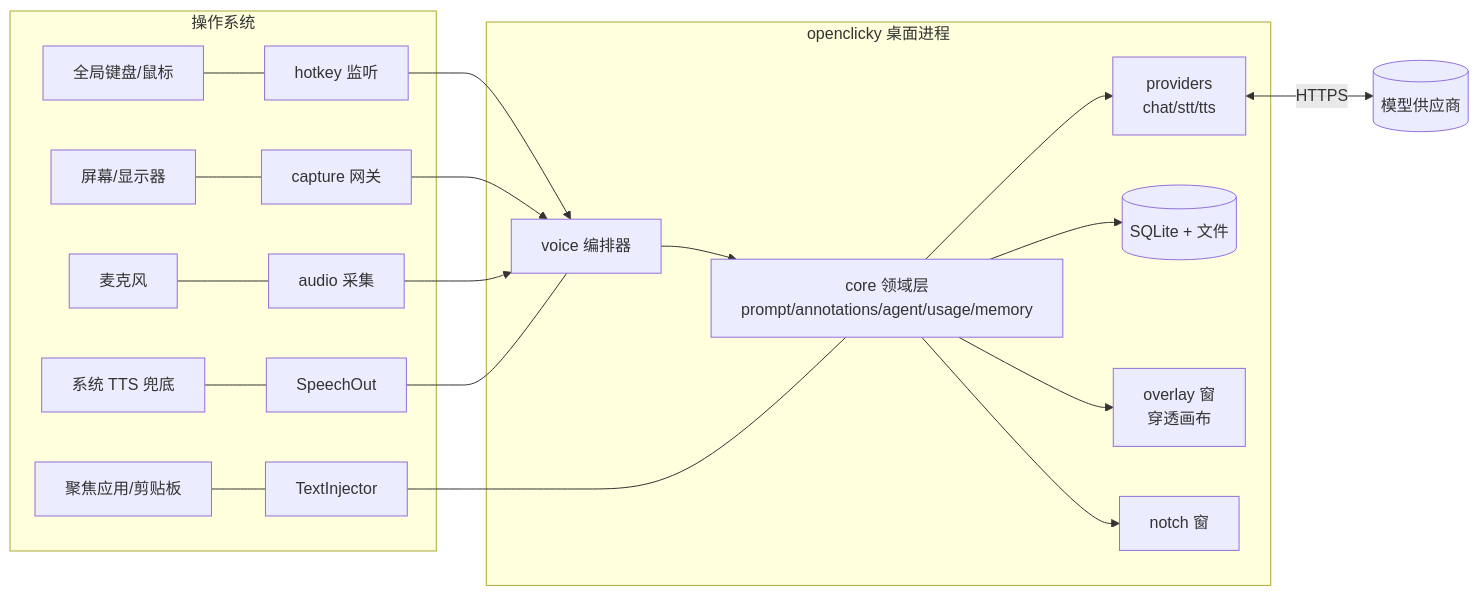
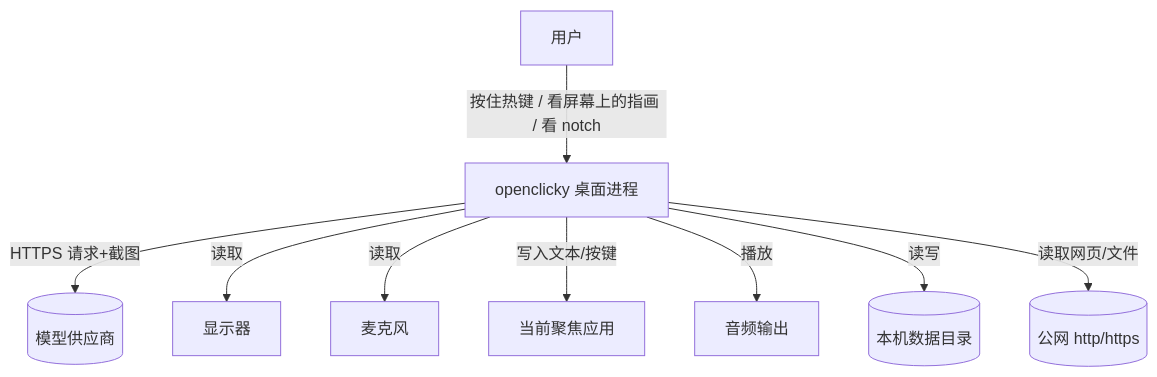
One commit to 123oqwe/openclicky2.0 changed the first of 2 diagrams in docs/01-tech-prd.md. Above: the diagram before and after it, drawn with Mermaid. The commit also changed other lines of this file and 16 other files, not shown here.

````diff
--- a/docs/01-tech-prd.md
+++ b/docs/01-tech-prd.md
@@ -133,23 +198,11 @@
 ```mermaid
-flowchart LR
-  subgraph OS[操作系统]
-    MIC[麦克风] --- AUD
-    SCR[屏幕/显示器] --- CAP
-    KB[全局键盘/鼠标] --- HK
-    OUT[聚焦应用/剪贴板] --- INJ
-    TTS2[系统 TTS 兜底] --- SPK
-  end
-  subgraph APP[openclicky 桌面进程]
-    HK[hotkey 监听] --> ORCH[voice 编排器]
-    CAP[capture 网关] --> ORCH
-    AUD[audio 采集] --> ORCH
-    ORCH --> CORE[core 领域层<br/>prompt/annotations/agent/usage/memory]
-    CORE --> PROV[providers<br/>chat/stt/tts]
-    CORE --> ST[(SQLite + 文件)]
-    CORE --> OVL[overlay 窗<br/>穿透画布]
-    CORE --> NOTCH[notch 窗]
-    SPK[SpeechOut] --- ORCH
-    INJ[TextInjector] --- CORE
-  end
-  PROV <-->|HTTPS| LLM[(模型供应商)]
+flowchart TB
+  U[用户] -- 按住热键 / 看屏幕上的指画 / 看 notch --> APP
+  APP[openclicky 桌面进程] -- HTTPS 请求+截图 --> LLM[(模型供应商)]
+  APP -- 读取 --> SCREEN[显示器]
+  APP -- 读取 --> MIC[麦克风]
+  APP -- 写入文本/按键 --> FOCUS[当前聚焦应用]
+  APP -- 播放 --> SPK[音频输出]
+  APP -- 读写 --> DISK[(本机数据目录)]
+  APP -- 读取网页/文件 --> NET[(公网 http/https)]
 ```
````
